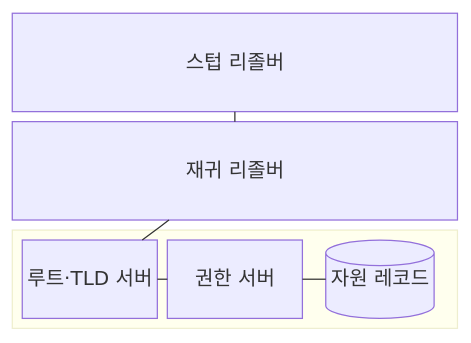
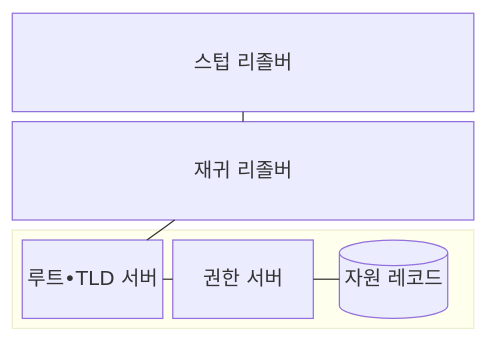
One commit to agnusdei1207/knowledge-base changed the first of 2 diagrams in src/content/docs/notes/04-network/008_dns_domain_name_system.md. Above: the diagram before and after it, drawn with Mermaid. The commit also changed other lines of this file and 953 other files, not shown here.

````diff
--- a/src/content/docs/notes/04-network/008_dns_domain_name_system.md
+++ b/src/content/docs/notes/04-network/008_dns_domain_name_system.md
@@ -68,16 +68,16 @@
 ```mermaid
 block
     columns 1
     C["스텁 리졸버"]
     R["재귀 리졸버"]
     block:AUTHORITY
         columns 3
-        T["루트·TLD 서버"]
+        T["루트•TLD 서버"]
         A["권한 서버"]
         Z[("자원 레코드")]
     end
     C --- R
     R --- T
     T --- A
     A --- Z
 ```
````
